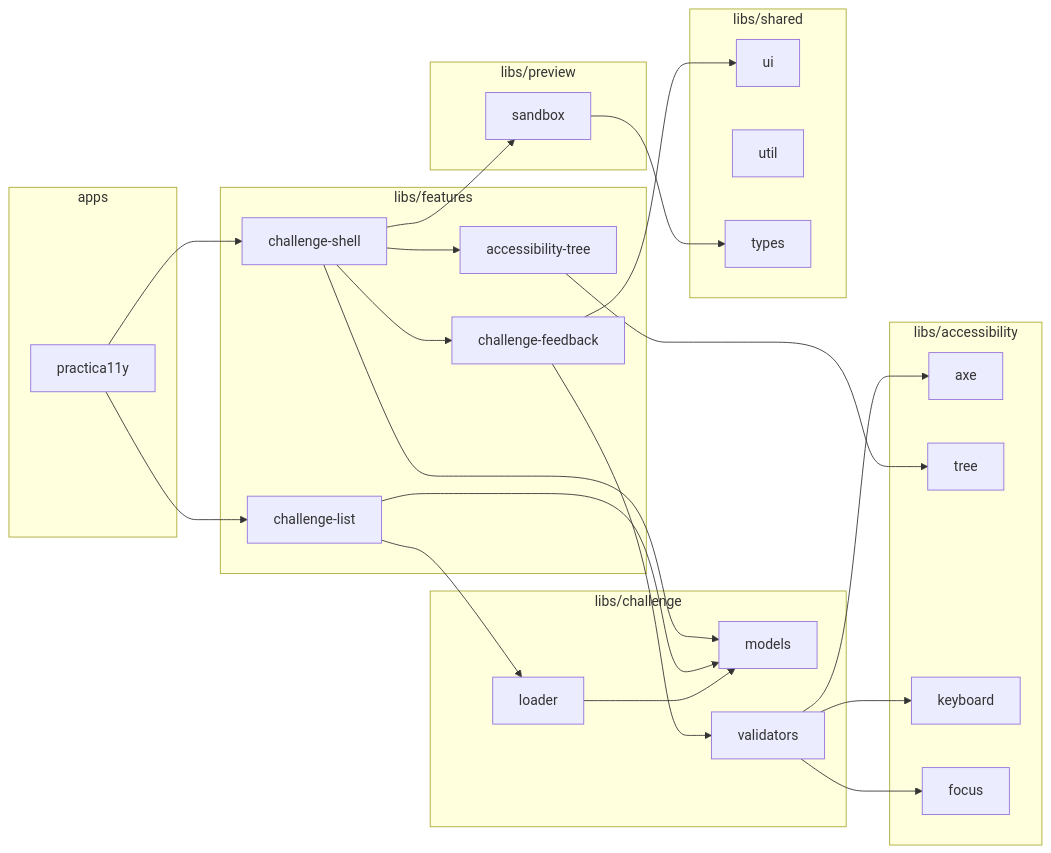
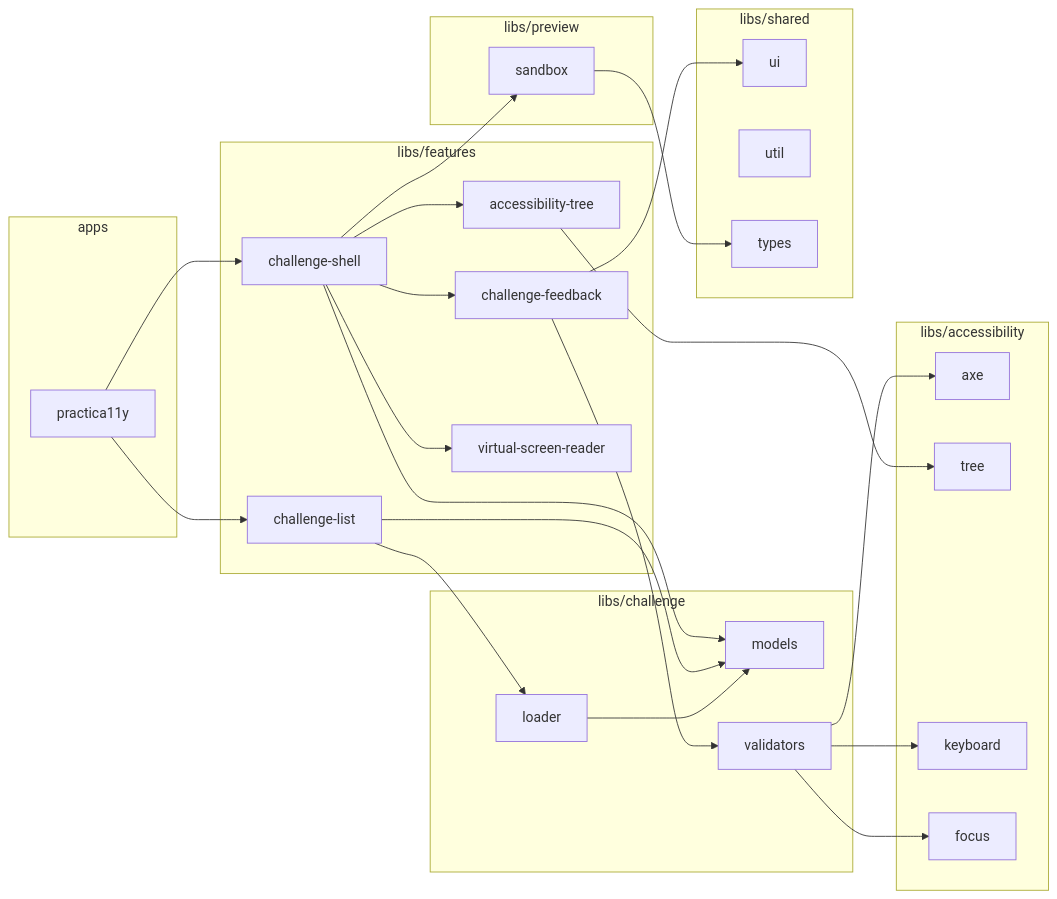
One commit to d-koppenhagen/practica11y changed the second of 2 diagrams in docs/architecture.md. Above: the diagram before and after it, drawn with Mermaid. The commit also changed other lines of this file and 29 other files, not shown here.

First line of the commit message:
feat(challenge-shell): add virtual screen reader with tabbed interface

````diff
--- a/docs/architecture.md
+++ b/docs/architecture.md
@@ -38,53 +41,55 @@
 ```mermaid
 graph LR
     subgraph apps
         APP[practica11y]
     end
 
     subgraph libs/features
         FS[challenge-shell]
         FL[challenge-list]
         FF[challenge-feedback]
         FAT[accessibility-tree]
+        FVSR[virtual-screen-reader]
     end
 
     subgraph libs/challenge
         CM[models]
         CL[loader]
         CV[validators]
     end
 
     subgraph libs/preview
         PS[sandbox]
     end
 
     subgraph libs/accessibility
         AX[axe]
         AT[tree]
         AK[keyboard]
         AF[focus]
     end
 
     subgraph libs/shared
         SU[ui]
         SUT[util]
         ST[types]
     end
 
     APP --> FS
     APP --> FL
     FS --> PS
     FS --> FF
     FS --> FAT
+    FS --> FVSR
     FS --> CM
     FL --> CM
     FL --> CL
     FF --> CV
     FAT --> AT
     CV --> AX
     CV --> AK
     CV --> AF
     PS --> ST
     CL --> CM
     FF --> SU
 ```
````
